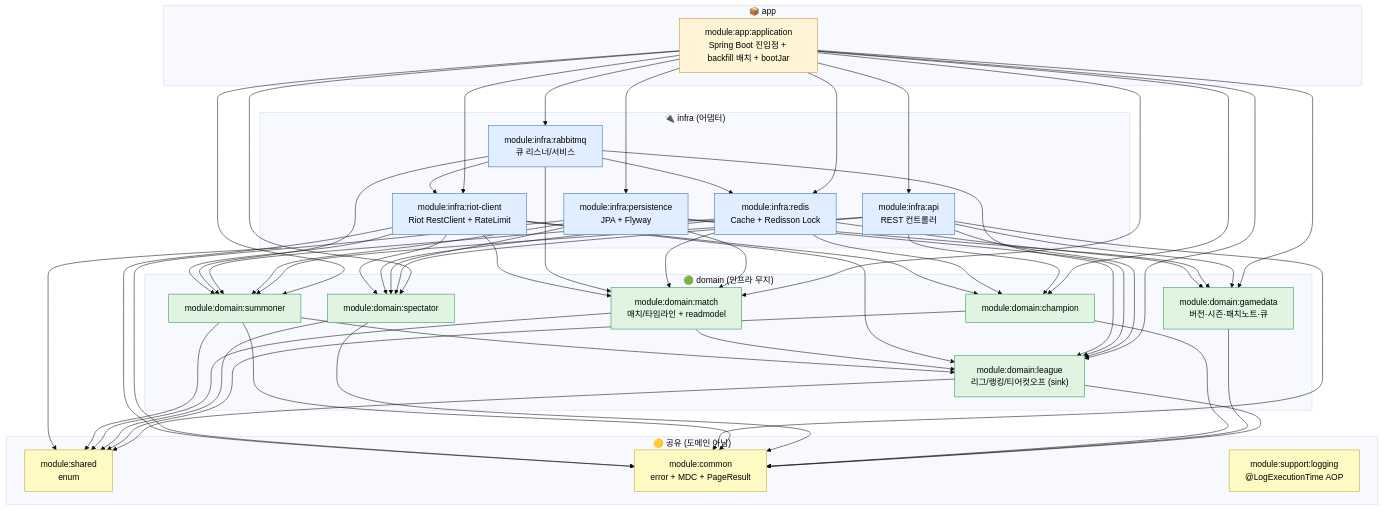
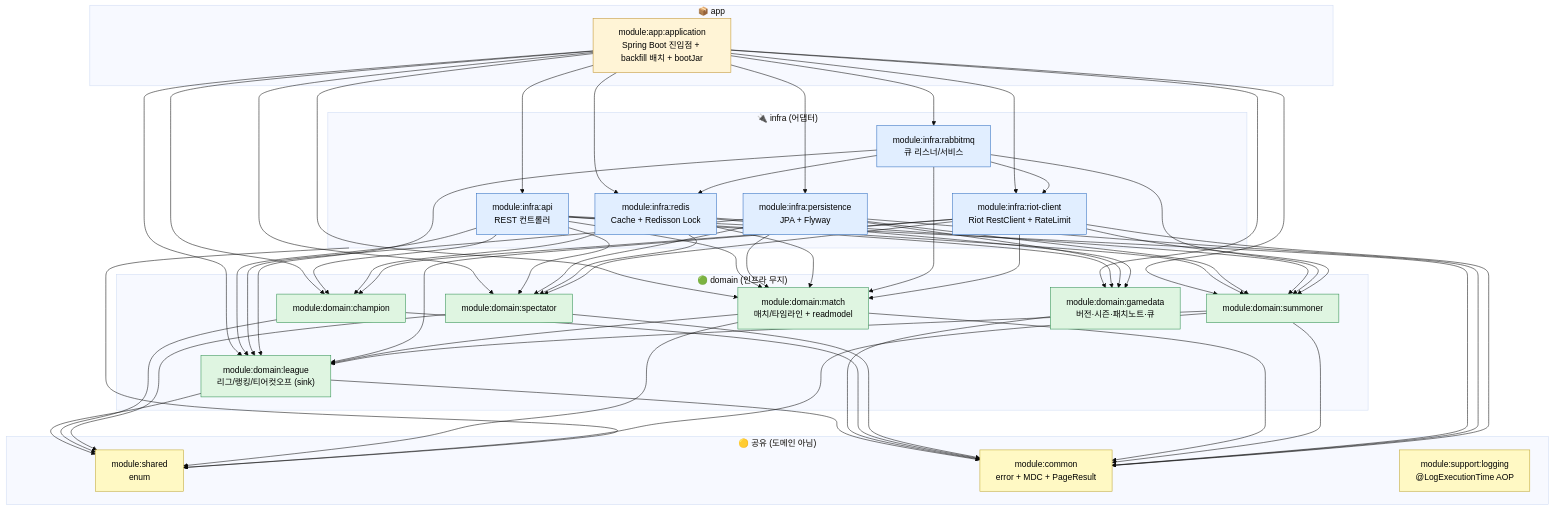
One commit to padosol/lol-repository changed the diagram in docs/ARCHITECTURE.md. Above: the diagram before and after it, drawn with Mermaid (base theme). The commit also changed 16 other files, not shown here.

First line of the commit message:
feat(match): 공개 매치 API GET /api/v1/matches/{matchId}·{matchId}/timeline 추가

````diff
--- a/docs/ARCHITECTURE.md
+++ b/docs/ARCHITECTURE.md
@@ -14,57 +14,57 @@
 ```mermaid
 flowchart TB
     subgraph app["📦 app"]
       application["module:app:application<br/>Spring Boot 진입점 + backfill 배치 + bootJar"]
     end
 
     subgraph domain["🟢 domain (인프라 무지)"]
       league["module:domain:league<br/>리그/랭킹/티어컷오프 (sink)"]
       gamedata["module:domain:gamedata<br/>버전·시즌·패치노트·큐"]
       champion["module:domain:champion"]
       spectator["module:domain:spectator"]
       match["module:domain:match<br/>매치/타임라인 + readmodel"]
       summoner["module:domain:summoner"]
     end
 
     subgraph shared["🟡 공유 (도메인 아님)"]
       sharedM["module:shared<br/>enum"]
       common["module:common<br/>error + MDC + PageResult"]
       logging["module:support:logging<br/>@LogExecutionTime AOP"]
     end
 
     subgraph infra["🔌 infra (어댑터)"]
       api["module:infra:api<br/>REST 컨트롤러"]
       pg["module:infra:persistence<br/>JPA + Flyway"]
       redis["module:infra:redis<br/>Cache + Redisson Lock"]
       rabbit["module:infra:rabbitmq<br/>큐 리스너/서비스"]
       riot["module:infra:riot-client<br/>Riot RestClient + RateLimit"]
     end
 
     application --> api & pg & redis & rabbit & riot
     application --> league & gamedata & champion & spectator & match & summoner
 
-    api --> league & gamedata & champion & spectator & summoner
+    api --> league & gamedata & champion & spectator & match & summoner
     pg --> league & gamedata & spectator & match & summoner
     redis --> gamedata & champion & spectator & match & summoner
     rabbit --> league & match & summoner
     riot --> league & champion & spectator & match & summoner
 
     match --> league
     summoner --> league
 
     league & champion & spectator & match & summoner --> sharedM
     infra --> sharedM
-    league & gamedata & champion & spectator & summoner --> common
+    league & gamedata & champion & spectator & match & summoner --> common
     api & pg & riot --> common
 
     rabbit --> redis & riot
 
     classDef d fill:#dff5e1,stroke:#2d8f4f,color:#000
     classDef i fill:#e1eeff,stroke:#2d6cbf,color:#000
     classDef a fill:#fff4d6,stroke:#bf922d,color:#000
     classDef s fill:#fff9c4,stroke:#bfa52d,color:#000
     class league,gamedata,champion,spectator,match,summoner d
     class api,pg,redis,rabbit,riot i
     class application a
     class sharedM,common,logging s
 ```
````
